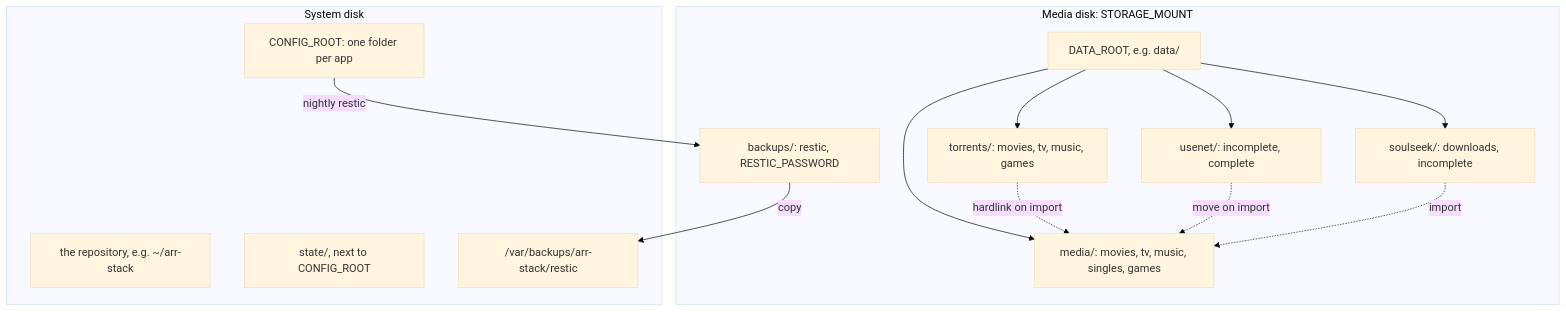
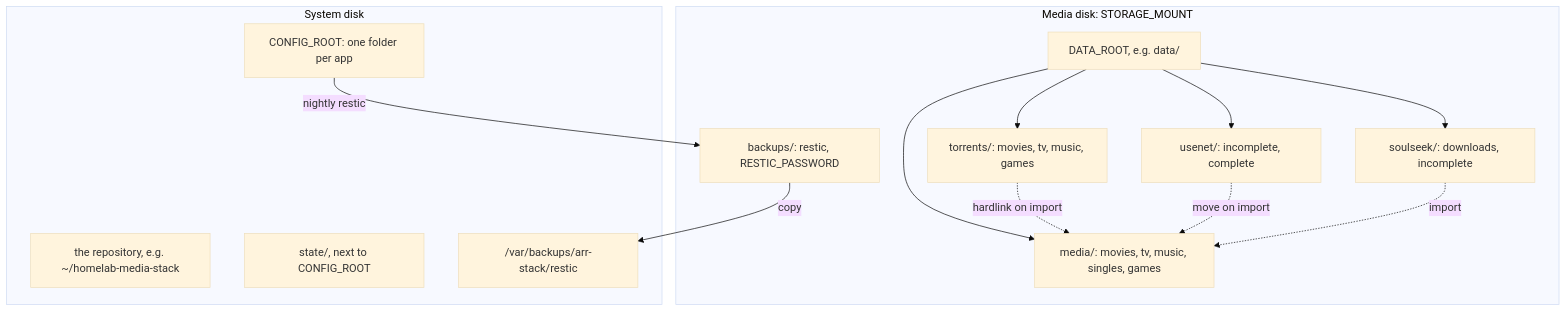
Before and after one commit to bugrauluyurt/homelab-media-stack: the fourth of 4 diagrams in docs/architecture.md, drawn with Mermaid (base theme). The commit also changed 27 other files, not shown here.

First line of the commit message:
Use homelab-media-stack as the checkout name and in notifications

````diff
--- a/docs/architecture.md
+++ b/docs/architecture.md
@@ -170,25 +170,25 @@
 ```mermaid
 flowchart TD
   subgraph media["Media disk: STORAGE_MOUNT"]
     data["DATA_ROOT, e.g. data/"]
     torrents["torrents/: movies, tv, music, games"]
     usenetdir["usenet/: incomplete, complete"]
     soulseek["soulseek/: downloads, incomplete"]
     lib["media/: movies, tv, music, singles, games"]
     backups["backups/: restic, RESTIC_PASSWORD"]
     data --> torrents & usenetdir & soulseek & lib
   end
 
   subgraph system["System disk"]
-    repo["the repository, e.g. ~/arr-stack"]
+    repo["the repository, e.g. ~/homelab-media-stack"]
     config["CONFIG_ROOT: one folder per app"]
     state["state/, next to CONFIG_ROOT"]
     mirror["/var/backups/arr-stack/restic"]
   end
 
   torrents -.->|"hardlink on import"| lib
   usenetdir -.->|"move on import"| lib
   soulseek -.->|"import"| lib
   config -->|"nightly restic"| backups
   backups -->|"copy"| mirror
 ```
````
